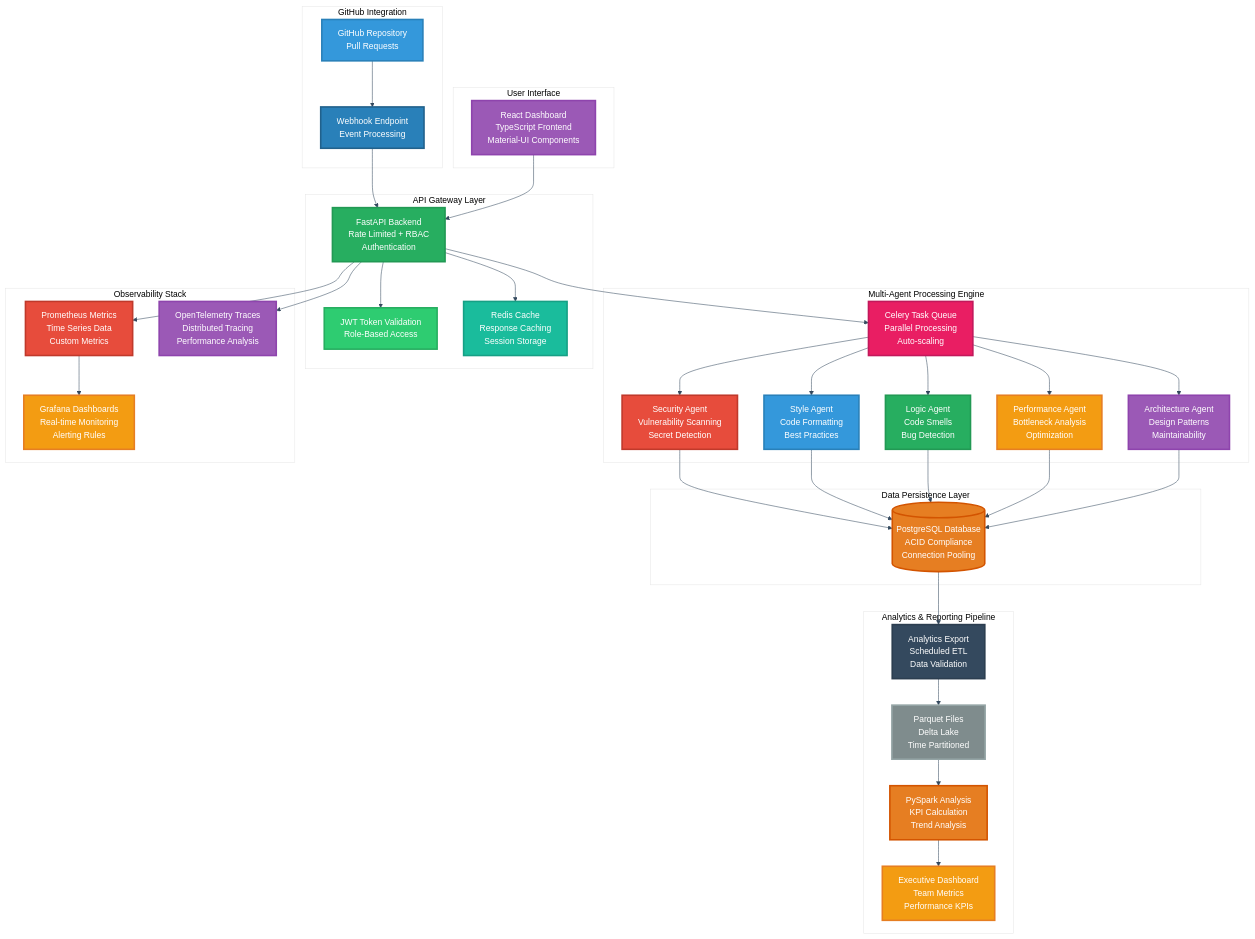
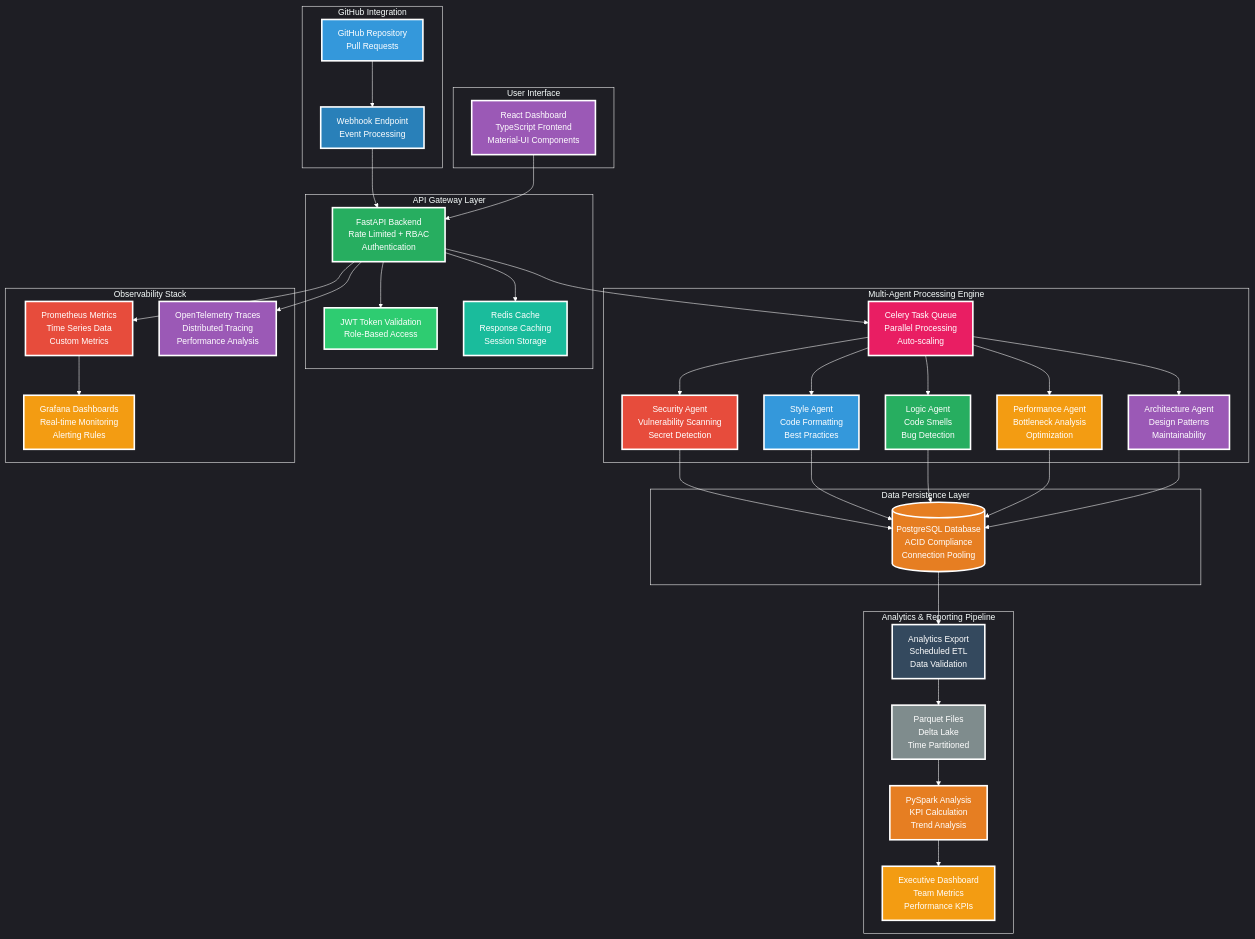
Before and after one commit to PriscillaOng12/AI-Code-Review-Squad: the third of 20 diagrams in README.md, drawn with Mermaid. The commit also changed other lines of this file, not shown here.

````diff
--- a/README.md
+++ b/README.md
@@ -77,74 +77,74 @@
 ```mermaid
-%%{init: {'theme': 'base', 'themeVariables': {'primaryColor': '#ffffff', 'primaryTextColor': '#2c3e50', 'primaryBorderColor': '#2c3e50', 'lineColor': '#34495e', 'secondaryColor': '#ffffff', 'tertiaryColor': '#ffffff', 'background': '#ffffff', 'mainBkg': '#ffffff', 'secondBkg': '#ffffff', 'tertiaryBkg': '#ffffff'}}}%%
+%%{init: {'theme': 'dark', 'themeVariables': {'primaryColor': 'transparent', 'primaryTextColor': '#ffffff', 'primaryBorderColor': '#ffffff', 'lineColor': '#ffffff', 'secondaryColor': 'transparent', 'tertiaryColor': 'transparent', 'background': 'transparent', 'mainBkg': 'transparent', 'secondBkg': 'transparent', 'tertiaryBkg': 'transparent', 'clusterBkg': 'transparent', 'clusterBorder': '#ffffff', 'edgeLabelBackground': 'transparent'}}}%%
 graph TB
     subgraph "GitHub Integration"
         GH[GitHub Repository<br/>Pull Requests] --> WH[Webhook Endpoint<br/>Event Processing]
     end
     
     subgraph "API Gateway Layer"
         WH --> API[FastAPI Backend<br/>Rate Limited + RBAC<br/>Authentication]
         API --> AUTH[JWT Token Validation<br/>Role-Based Access]
         API --> CACHE[Redis Cache<br/>Response Caching<br/>Session Storage]
     end
     
     subgraph "Multi-Agent Processing Engine"
         API --> QUEUE[Celery Task Queue<br/>Parallel Processing<br/>Auto-scaling]
         QUEUE --> AGENT1[Security Agent<br/>Vulnerability Scanning<br/>Secret Detection]
         QUEUE --> AGENT2[Style Agent<br/>Code Formatting<br/>Best Practices]
         QUEUE --> AGENT3[Logic Agent<br/>Code Smells<br/>Bug Detection]
         QUEUE --> AGENT4[Performance Agent<br/>Bottleneck Analysis<br/>Optimization]
         QUEUE --> AGENT5[Architecture Agent<br/>Design Patterns<br/>Maintainability]
     end
     
     subgraph "Data Persistence Layer"
         AGENT1 --> DB[(PostgreSQL Database<br/>ACID Compliance<br/>Connection Pooling)]
         AGENT2 --> DB
         AGENT3 --> DB
         AGENT4 --> DB
         AGENT5 --> DB
     end
     
     subgraph "Analytics & Reporting Pipeline"
         DB --> EXPORT[Analytics Export<br/>Scheduled ETL<br/>Data Validation]
         EXPORT --> PARQUET[Parquet Files<br/>Delta Lake<br/>Time Partitioned]
         PARQUET --> SPARK[PySpark Analysis<br/>KPI Calculation<br/>Trend Analysis]
         SPARK --> METRICS[Executive Dashboard<br/>Team Metrics<br/>Performance KPIs]
     end
     
     subgraph "Observability Stack"
         API --> PROM[Prometheus Metrics<br/>Time Series Data<br/>Custom Metrics]
         PROM --> GRAF[Grafana Dashboards<br/>Real-time Monitoring<br/>Alerting Rules]
         API --> OTEL[OpenTelemetry Traces<br/>Distributed Tracing<br/>Performance Analysis]
     end
     
     subgraph "User Interface"
         UI[React Dashboard<br/>TypeScript Frontend<br/>Material-UI Components] --> API
     end
     
-    style GH fill:#3498db,stroke:#2980b9,stroke-width:3px,color:#ffffff
-    style WH fill:#2980b9,stroke:#21618c,stroke-width:3px,color:#ffffff
+    style GH fill:#3498db,stroke:#ffffff,stroke-width:3px,color:#ffffff
+    style WH fill:#2980b9,stroke:#ffffff,stroke-width:3px,color:#ffffff
     
-    style API fill:#27ae60,stroke:#229954,stroke-width:3px,color:#ffffff
-    style AUTH fill:#2ecc71,stroke:#27ae60,stroke-width:3px,color:#ffffff
-    style CACHE fill:#1abc9c,stroke:#16a085,stroke-width:3px,color:#ffffff
+    style API fill:#27ae60,stroke:#ffffff,stroke-width:3px,color:#ffffff
+    style AUTH fill:#2ecc71,stroke:#ffffff,stroke-width:3px,color:#ffffff
+    style CACHE fill:#1abc9c,stroke:#ffffff,stroke-width:3px,color:#ffffff
     
-    style QUEUE fill:#e91e63,stroke:#c2185b,stroke-width:3px,color:#ffffff
-    style AGENT1 fill:#e74c3c,stroke:#c0392b,stroke-width:3px,color:#ffffff
-    style AGENT2 fill:#3498db,stroke:#2980b9,stroke-width:3px,color:#ffffff
-    style AGENT3 fill:#27ae60,stroke:#229954,stroke-width:3px,color:#ffffff
-    style AGENT4 fill:#f39c12,stroke:#e67e22,stroke-width:3px,color:#ffffff
-    style AGENT5 fill:#9b59b6,stroke:#8e44ad,stroke-width:3px,color:#ffffff
+    style QUEUE fill:#e91e63,stroke:#ffffff,stroke-width:3px,color:#ffffff
+    style AGENT1 fill:#e74c3c,stroke:#ffffff,stroke-width:3px,color:#ffffff
+    style AGENT2 fill:#3498db,stroke:#ffffff,stroke-width:3px,color:#ffffff
+    style AGENT3 fill:#27ae60,stroke:#ffffff,stroke-width:3px,color:#ffffff
+    style AGENT4 fill:#f39c12,stroke:#ffffff,stroke-width:3px,color:#ffffff
+    style AGENT5 fill:#9b59b6,stroke:#ffffff,stroke-width:3px,color:#ffffff
     
-    style DB fill:#e67e22,stroke:#d35400,stroke-width:3px,color:#ffffff
+    style DB fill:#e67e22,stroke:#ffffff,stroke-width:3px,color:#ffffff
     
-    style EXPORT fill:#34495e,stroke:#2c3e50,stroke-width:3px,color:#ffffff
-    style PARQUET fill:#7f8c8d,stroke:#95a5a6,stroke-width:3px,color:#ffffff
-    style SPARK fill:#e67e22,stroke:#d35400,stroke-width:3px,color:#ffffff
-    style METRICS fill:#f39c12,stroke:#e67e22,stroke-width:3px,color:#ffffff
+    style EXPORT fill:#34495e,stroke:#ffffff,stroke-width:3px,color:#ffffff
+    style PARQUET fill:#7f8c8d,stroke:#ffffff,stroke-width:3px,color:#ffffff
+    style SPARK fill:#e67e22,stroke:#ffffff,stroke-width:3px,color:#ffffff
+    style METRICS fill:#f39c12,stroke:#ffffff,stroke-width:3px,color:#ffffff
     
-    style PROM fill:#e74c3c,stroke:#c0392b,stroke-width:3px,color:#ffffff
-    style GRAF fill:#f39c12,stroke:#e67e22,stroke-width:3px,color:#ffffff
-    style OTEL fill:#9b59b6,stroke:#8e44ad,stroke-width:3px,color:#ffffff
+    style PROM fill:#e74c3c,stroke:#ffffff,stroke-width:3px,color:#ffffff
+    style GRAF fill:#f39c12,stroke:#ffffff,stroke-width:3px,color:#ffffff
+    style OTEL fill:#9b59b6,stroke:#ffffff,stroke-width:3px,color:#ffffff
     
-    style UI fill:#9b59b6,stroke:#8e44ad,stroke-width:3px,color:#ffffff
+    style UI fill:#9b59b6,stroke:#ffffff,stroke-width:3px,color:#ffffff
 ```
````
